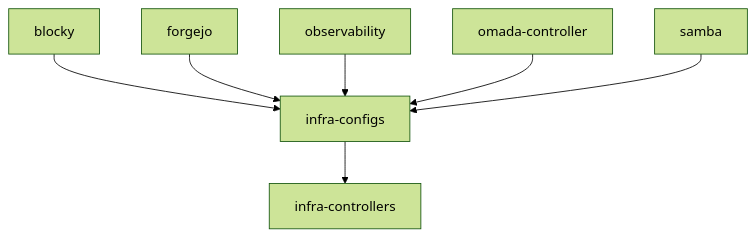
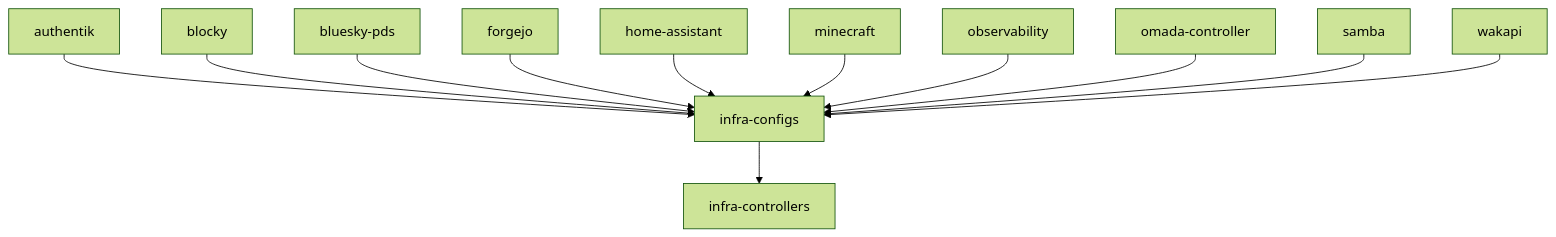
One commit to tale/homelab changed the diagram in README.md. Above: the diagram before and after it, drawn with Mermaid (forest theme). The commit also changed other lines of this file and 1 other file, not shown here.

````diff
--- a/README.md
+++ b/README.md
@@ -28,11 +34,16 @@
 ```mermaid
 flowchart TD
     infra_controllers[infra-controllers]
     infra_configs[infra-configs]
     infra_configs --> infra_controllers
+    authentik --> infra_configs
     blocky --> infra_configs
+    bluesky_pds[bluesky-pds] --> infra_configs
     forgejo --> infra_configs
+    home_assistant[home-assistant] --> infra_configs
+    minecraft --> infra_configs
     observability --> infra_configs
     omada_controller[omada-controller] --> infra_configs
     samba --> infra_configs
+    wakapi --> infra_configs
 ```
````
